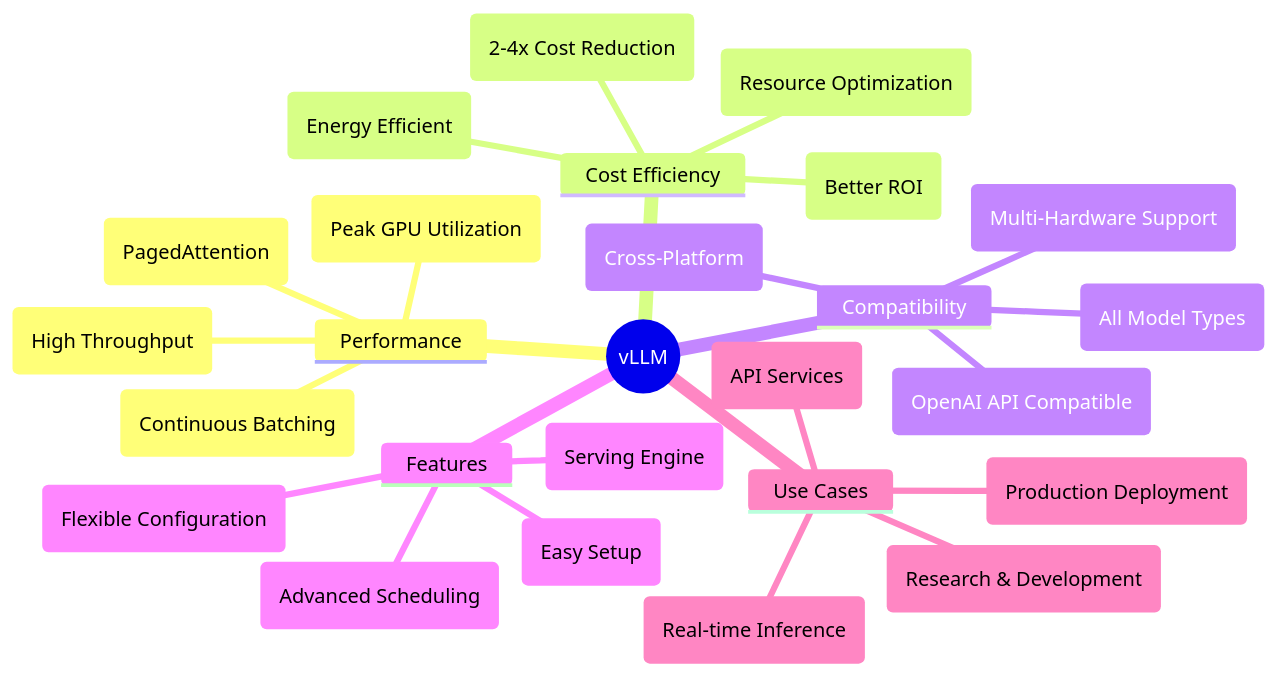
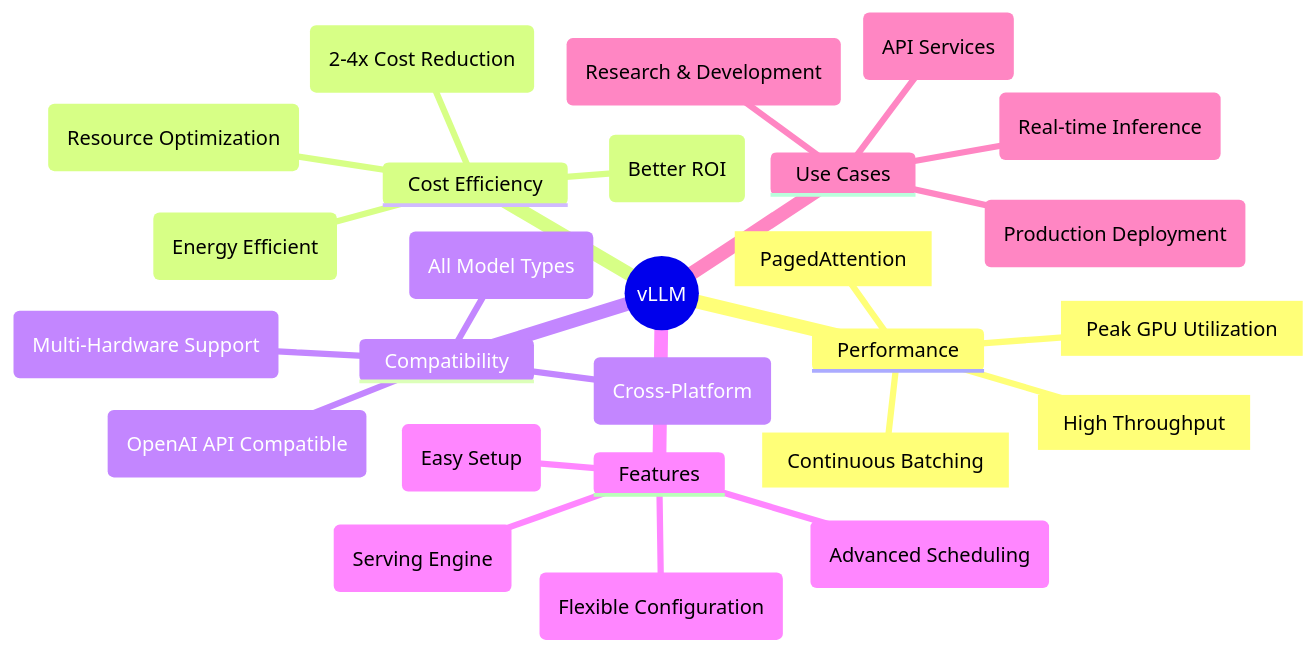
Before and after one commit to dongrelaxman/vLLM: the diagram in README.md, drawn with Mermaid.

Commit message:
mermaid update

````diff
--- a/README.md
+++ b/README.md
@@ -20,54 +20,54 @@
 ```mermaid
 mindmap
   root((vLLM))
 
     Performance
     
-      (PagedAttention)
+      [PagedAttention]
 
-      (High Throughput)
+      [High Throughput]
 
-      (Peak GPU Utilization)
+      [Peak GPU Utilization]
 
-      (Continuous Batching)
+      [Continuous Batching]
       
     Cost Efficiency
 
       (2-4x Cost Reduction)
 
       (Resource Optimization)
 
       (Energy Efficient)
 
       (Better ROI)
 
     Compatibility
 
       (OpenAI API Compatible)
 
       (All Model Types)
 
       (Multi-Hardware Support)
 
       (Cross-Platform)
 
     Features
 
       (Easy Setup)
 
       (Serving Engine)
 
       (Advanced Scheduling)
 
       (Flexible Configuration)
       
     Use Cases
-    
+
       (Production Deployment)
       
       (Research & Development)
       
       (API Services)
       
       (Real-time Inference)
 ```
````
